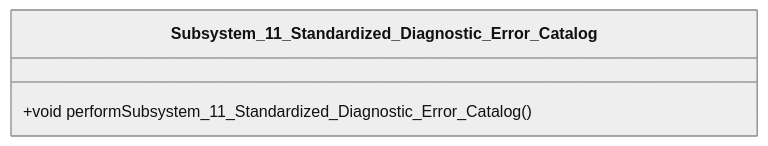
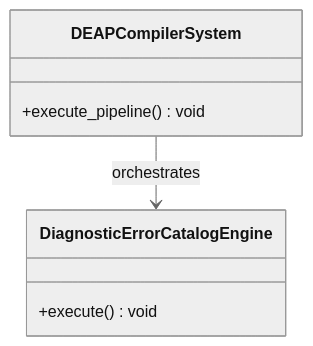
Before and after one commit to gintatkinson/dumpiler-01: the first of 2 diagrams in docs/epics/EPIC-13-Subsystem_11_Standardized_Diagnostic_Error_Catalog.md, drawn with Mermaid (neutral theme). The commit also changed other lines of this file and 90 other files, not shown here.

````diff
--- a/docs/epics/EPIC-13-Subsystem_11_Standardized_Diagnostic_Error_Catalog.md
+++ b/docs/epics/EPIC-13-Subsystem_11_Standardized_Diagnostic_Error_Catalog.md
@@ -30,6 +53,10 @@
 ```mermaid
 classDiagram
-    class Subsystem_11_Standardized_Diagnostic_Error_Catalog {
-        +void performSubsystem_11_Standardized_Diagnostic_Error_Catalog()
+    class DEAPCompilerSystem {
+        +execute_pipeline() void
     }
+    class DiagnosticErrorCatalogEngine {
+        +execute() void
+    }
+    DEAPCompilerSystem --> DiagnosticErrorCatalogEngine : orchestrates
 ```
````
